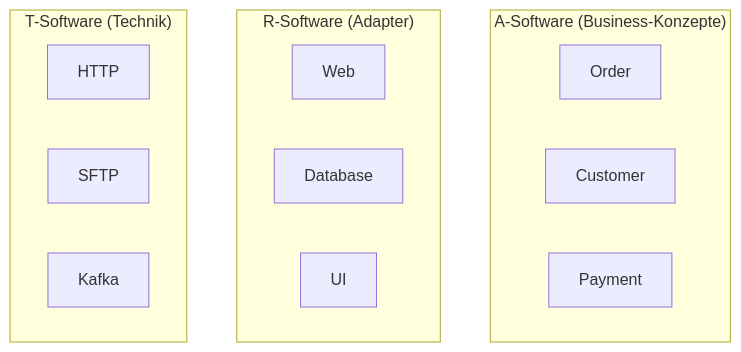
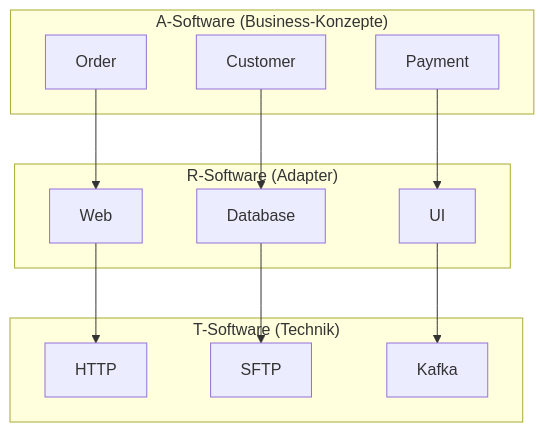
One commit to andreas-wagner-dev/object-oriented-learning-journey changed the diagram in blog/002_academic_view_packaging_de.md. Above: the diagram before and after it, drawn with Mermaid.

````diff
--- a/blog/002_academic_view_packaging_de.md
+++ b/blog/002_academic_view_packaging_de.md
@@ -124,20 +124,27 @@
 ```mermaid
 flowchart TB
     subgraph A["A-Software (Business-Konzepte)"]
         O1[Order]
         O2[Customer]
         O3[Payment]
     end
     
     subgraph R["R-Software (Adapter)"]
         R1[Web]
         R2[Database]
         R3[UI]
     end
     
     subgraph T["T-Software (Technik)"]
         T1[HTTP]
         T2[SFTP]
         T3[Kafka]
     end
+
+    O1 --> R1
+    O2 --> R2
+    O3 --> R3
+    R1 --> T1
+    R2 --> T2
+    R3 --> T3
 ```
````
